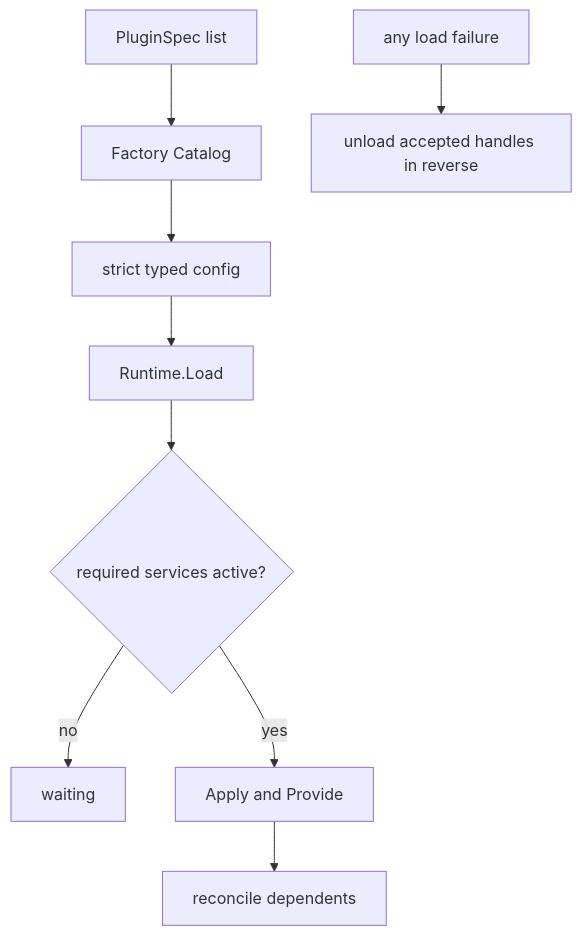
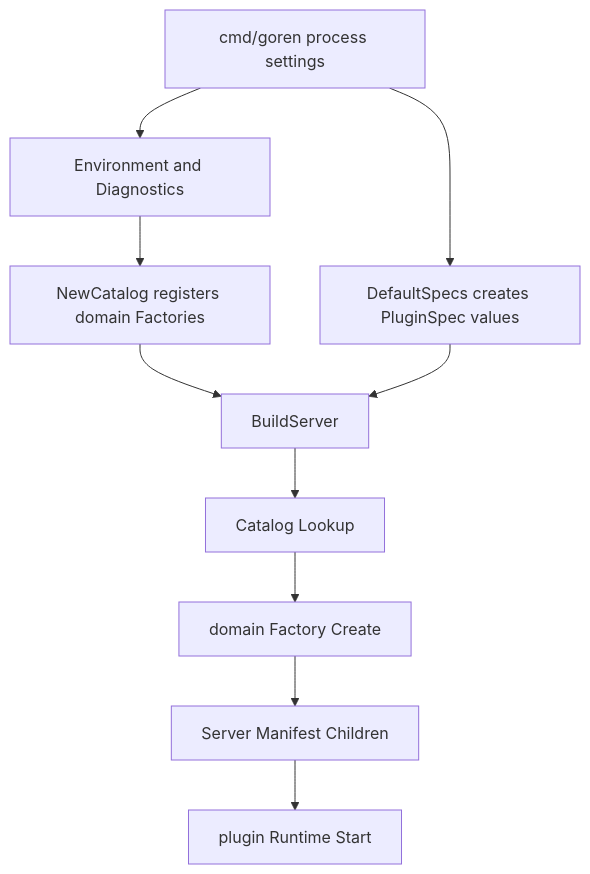
The diagram in internal/assembly/README.zh-CN.md (gorenx/goren), drawn with Mermaid before and after one commit. The commit also changed other lines of this file and 16 other files, not shown here.

Commit message:
docs: align plugin runtime architecture

````diff
--- a/internal/assembly/README.zh-CN.md
+++ b/internal/assembly/README.zh-CN.md
@@ -18,11 +20,12 @@
 ```mermaid
 flowchart TD
-    A[PluginSpec list] --> B[Factory Catalog]
-    B --> C[strict typed config]
-    C --> D[Runtime.Load]
-    D --> E{required services active?}
-    E -- no --> F[waiting]
-    E -- yes --> G[Apply and Provide]
-    G --> H[reconcile dependents]
-    I[any load failure] --> J[unload accepted handles in reverse]
+    CLI[cmd/goren process settings] --> Env[Environment and Diagnostics]
+    Env --> Catalog[NewCatalog registers domain Factories]
+    CLI --> Specs[DefaultSpecs creates PluginSpec values]
+    Catalog --> Build[BuildServer]
+    Specs --> Build
+    Build --> Lookup[Catalog Lookup]
+    Lookup --> Factory[domain Factory Create]
+    Factory --> Tree[Server Manifest Children]
+    Tree --> Runtime[plugin Runtime Start]
 ```
````
